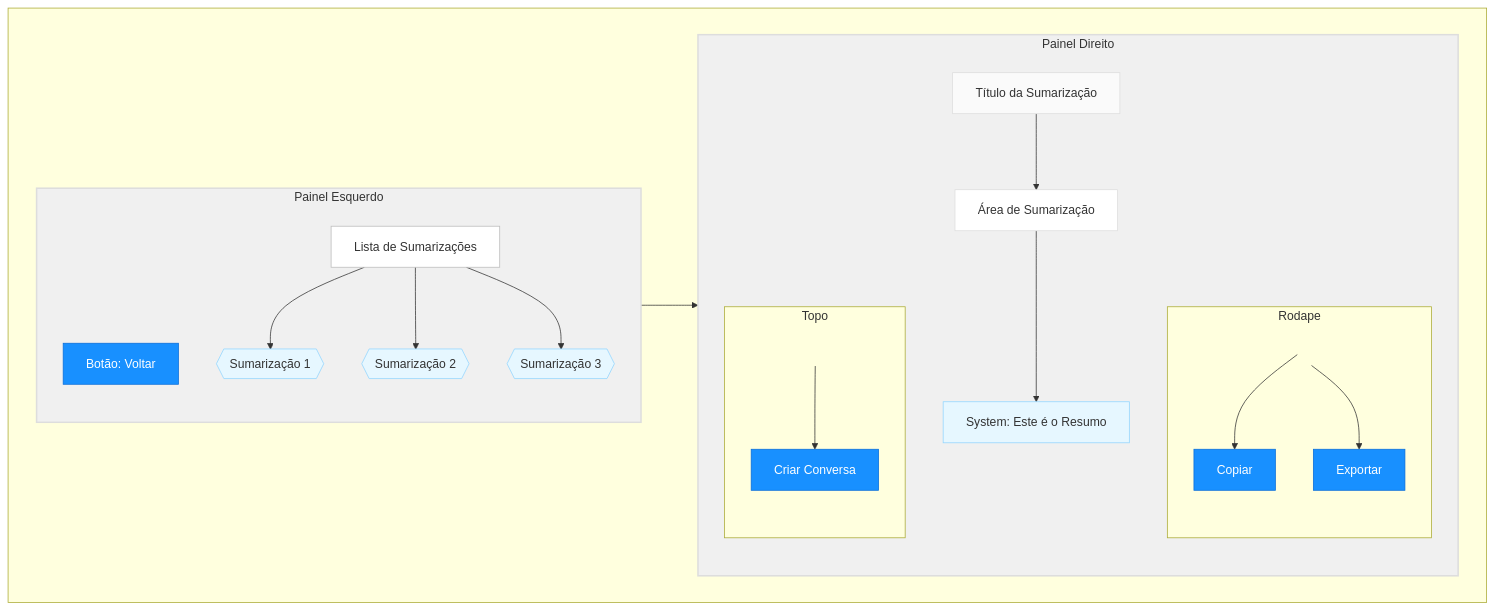
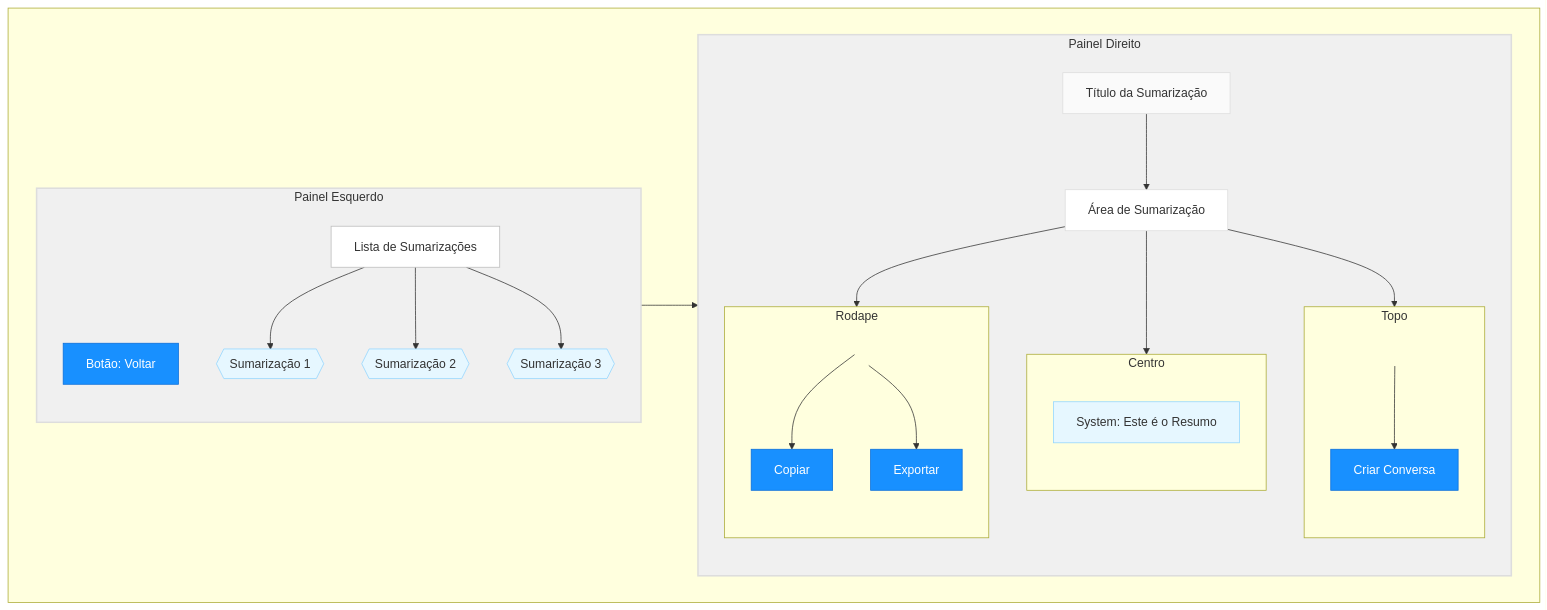
The diagram in specs/GUI-04-estrutura-tela-sumarizacoes-gui.mmd (franciscotbjr/teste-exposed), drawn with Mermaid before and after one commit. The commit also changed 1 other file, not shown here.

```diff
--- a/specs/GUI-04-estrutura-tela-sumarizacoes-gui.mmd
+++ b/specs/GUI-04-estrutura-tela-sumarizacoes-gui.mmd
@@ -1,63 +1,70 @@
 flowchart TD
     subgraph main[" "]
         direction LR
         subgraph left_panel["Painel Esquerdo"]
             direction TB
             new_btn[Botão: Voltar]:::button
             conv_list[Lista de Sumarizações]:::list
             conv_list --> conv1{{"Sumarização 1"}}:::item
             conv_list --> conv2{{"Sumarização 2"}}:::item
             conv_list --> conv3{{"Sumarização 3"}}:::item
         end
 
         subgraph right_panel["Painel Direito"]
             direction TB
             header[Título da Sumarização]:::header
             chat_area[Área de Sumarização]:::area
-            txt_sumarizacao["System: Este é o Resumo"]:::usermsg
             
+            subgraph input_topo["Topo"]
+                direction TB
+                actions_topo> ]:::actions
+                new_chat_btn[Criar Conversa]:::button
+            end
+            
+            subgraph input_area_centro["Centro"]
+                direction TB
+                txt_sumarizacao["System: Este é o Resumo"]:::usermsg
+            end
+
             subgraph input_rodape["Rodape"]
                 direction TB
                 actions_rodape> ]:::actions
                 copy_btn[Copiar]:::button
                 export_btn[Exportar]:::button
             end
 
-            subgraph input_topo["Topo"]
-                direction TB
-                actions_topo> ]:::actions
-                new_chat_btn[Criar Conversa]:::button
-            end
 
         end
     end
 
     %% Conexões entre áreas
     left_panel --> right_panel
     header --> chat_area
-    chat_area --> txt_sumarizacao
+    chat_area --> input_area_centro
+    chat_area --> input_rodape
+    chat_area --> input_topo
     actions_rodape --> copy_btn
     actions_rodape --> export_btn
     actions_topo --> new_chat_btn
 
     classDef panel fill:#f0f0f0,stroke:#ddd,stroke-width:2px
     classDef list fill:#fff,stroke:#bbb,stroke-width:1px
     classDef item fill:#e6f7ff,stroke:#91d5ff
     classDef area fill:#fff,stroke:#ddd,stroke-width:1px
     classDef button fill:#1890ff,stroke:#096dd9,color:white
     classDef input fill:#fff,stroke:#ddd,stroke-width:1px
     classDef actions fill:transparent,stroke:none
     classDef usermsg fill:#e6f7ff,stroke:#91d5ff
     classDef aimsg fill:#f6ffed,stroke:#b7eb8f
     classDef header fill:#fafafa,stroke:#ddd,stroke-width:1px
     
     class left_panel,right_panel panel
     class conv_list list
     class conv1,conv2,conv3 item
     class chat_area area
     class input_field input
     class actions actions
     class new_btn,send_btn,summary_btn button
     class user_msg usermsg
     class ai_msg aimsg
     class header header
```
